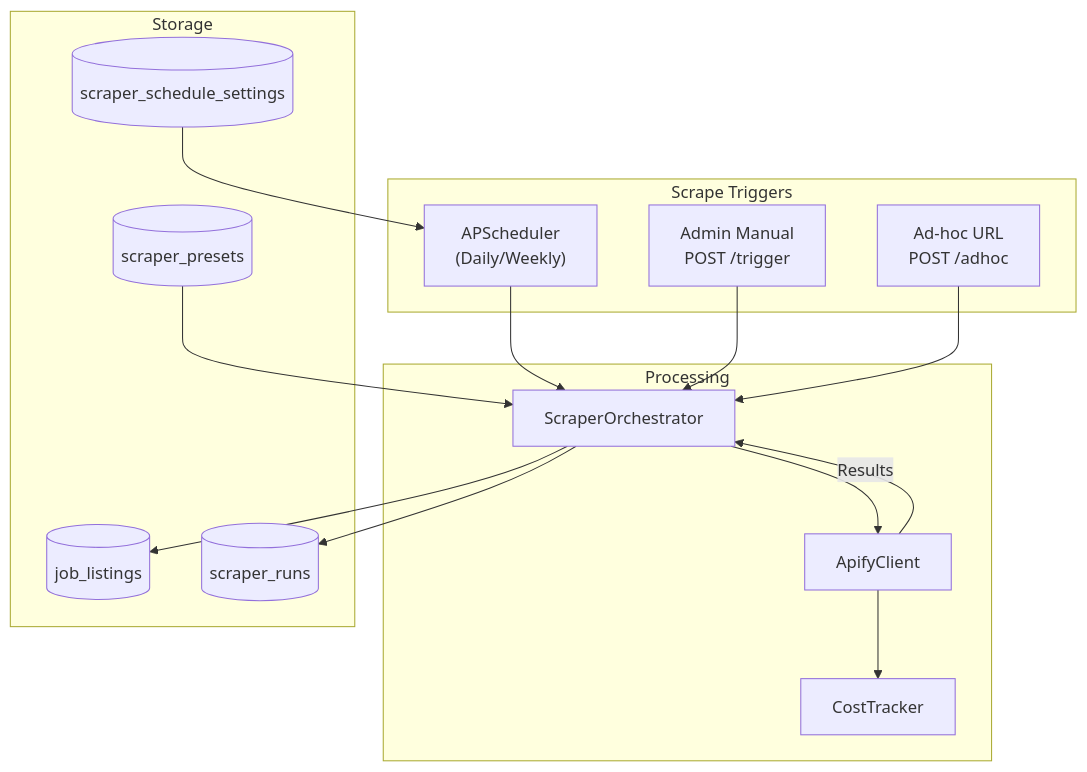
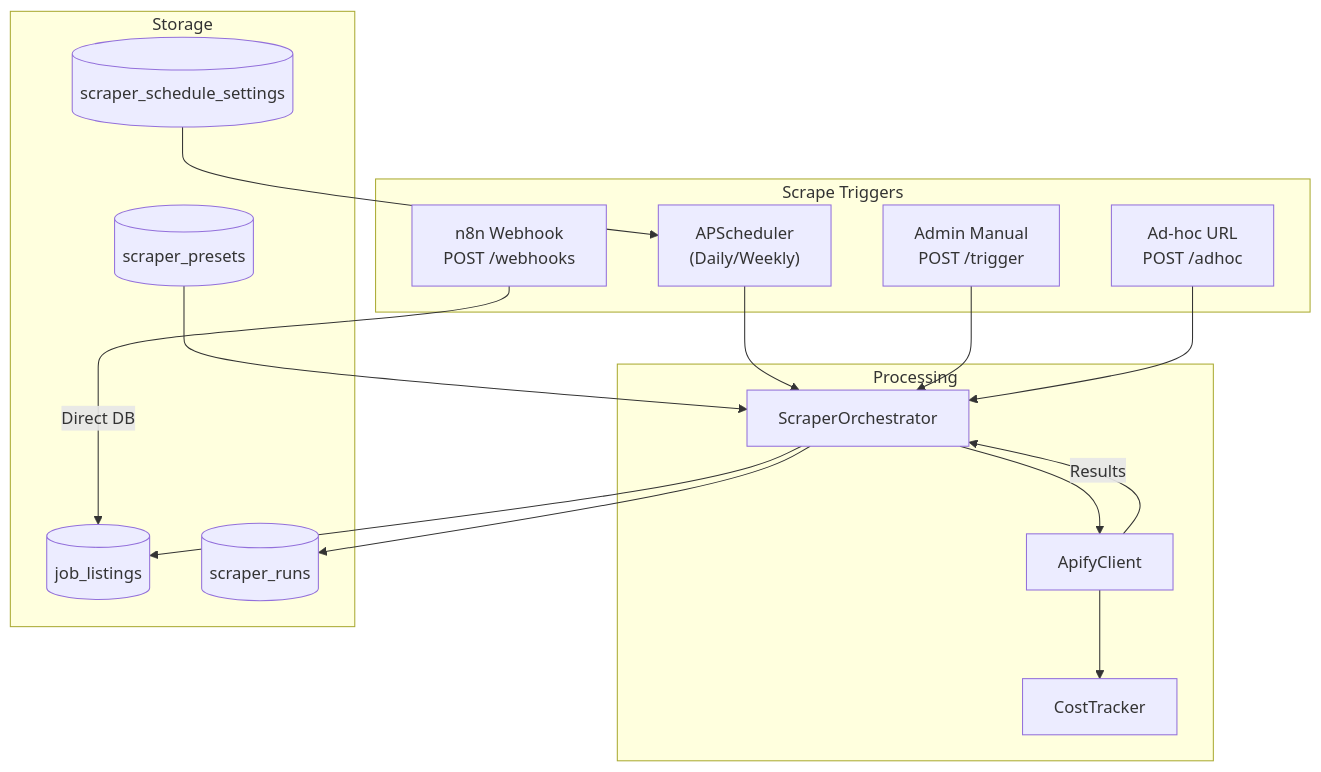
Diagram 28 of 33 in docs/architecture/system-architecture.md (Sungchunn/AI-Resume-Tailor), drawn with Mermaid before and after one commit. The commit also changed other lines of this file, not shown here.

First line of the commit message:
docs: update system architecture with webhook integration and schema corrections

````diff
--- a/docs/architecture/system-architecture.md
+++ b/docs/architecture/system-architecture.md
@@ -1681,34 +1752,36 @@
 ```mermaid
 flowchart TB
     subgraph Triggers["Scrape Triggers"]
         Scheduled["APScheduler<br/>(Daily/Weekly)"]
         Manual["Admin Manual<br/>POST /trigger"]
         AdHoc["Ad-hoc URL<br/>POST /adhoc"]
+        Webhook["n8n Webhook<br/>POST /webhooks"]
     end
 
     subgraph Processing["Processing"]
         Orchestrator["ScraperOrchestrator"]
         ApifyClient["ApifyClient"]
         CostTracker["CostTracker"]
     end
 
     subgraph Storage["Storage"]
         JobListings[(job_listings)]
         ScraperRuns[(scraper_runs)]
         Presets[(scraper_presets)]
         Schedule[(scraper_schedule_settings)]
     end
 
     Scheduled --> Orchestrator
     Manual --> Orchestrator
     AdHoc --> Orchestrator
+    Webhook --> |"Direct DB"| JobListings
 
     Orchestrator --> ApifyClient
     ApifyClient --> |"Results"| Orchestrator
     Orchestrator --> JobListings
     Orchestrator --> ScraperRuns
     ApifyClient --> CostTracker
 
     Presets --> Orchestrator
     Schedule --> Scheduled
 ```
````
